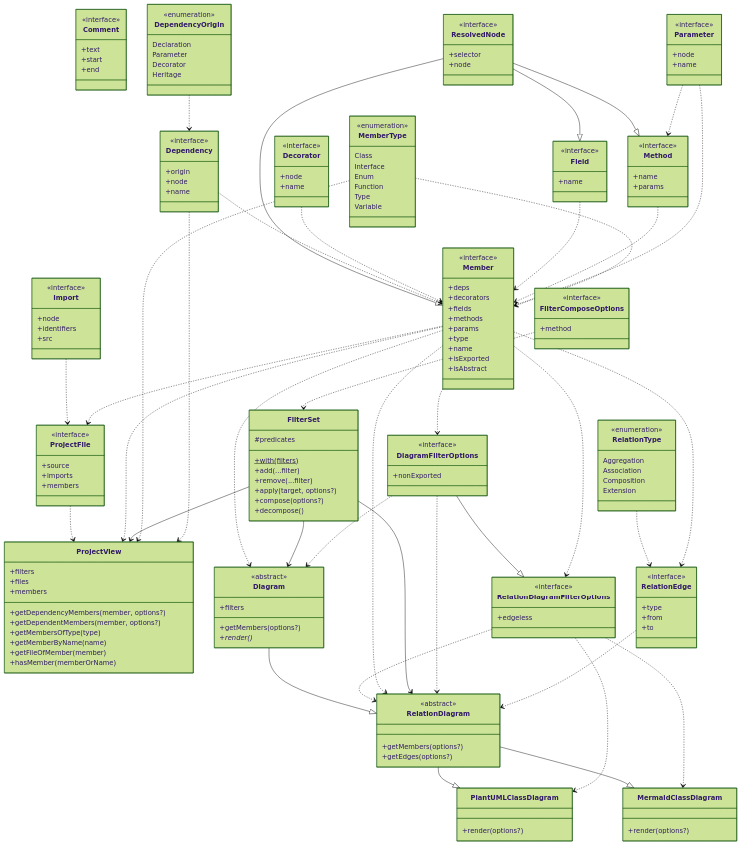
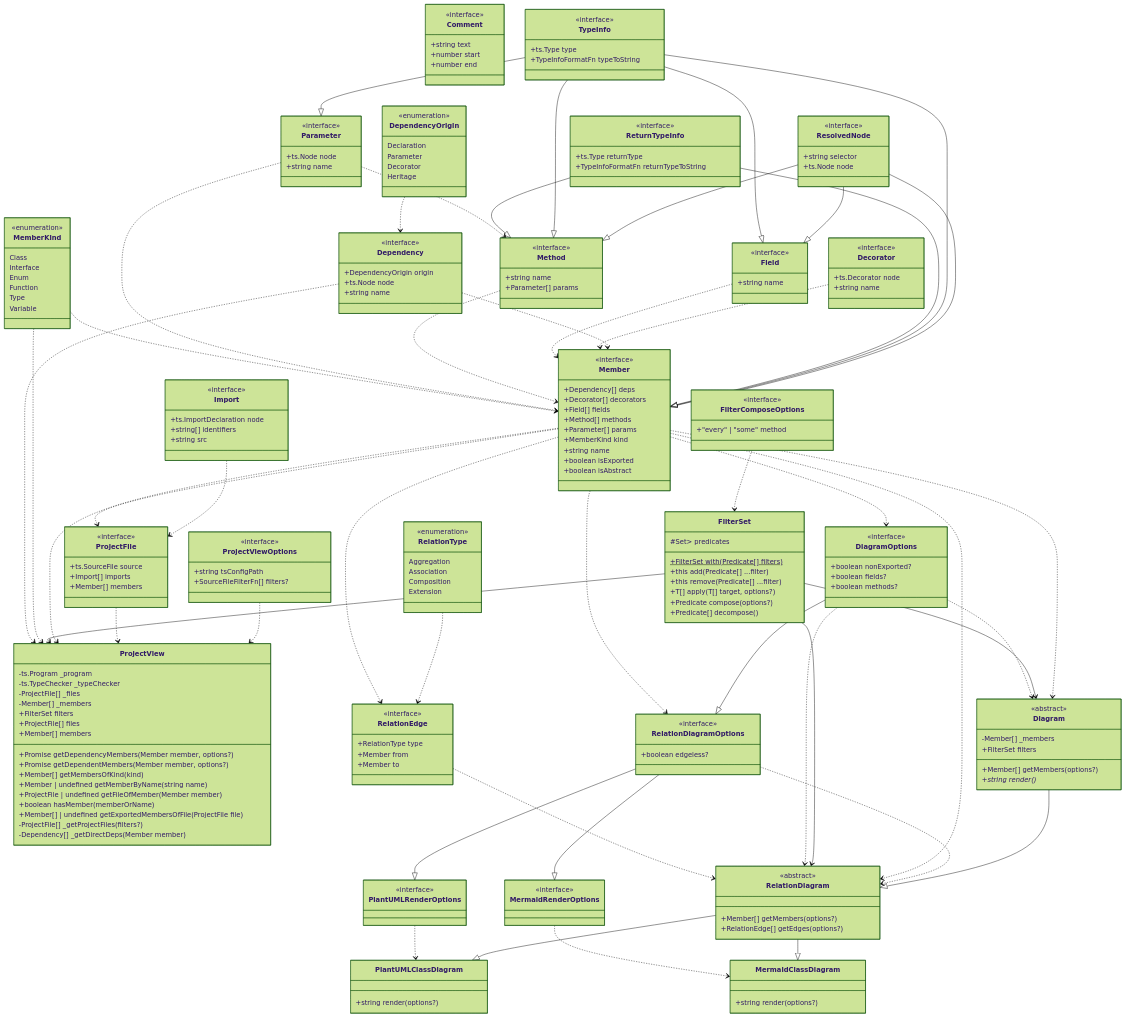
Before and after one commit to JanUnld/tsplot: the diagram in README.md, drawn with Mermaid (forest theme). The commit also changed 1 other file, not shown here.

Commit message:
chore: updated readme example assets

````diff
--- a/README.md
+++ b/README.md
@@ -76,27 +76,35 @@
 classDiagram
   class Import["Import"]
   <<interface>> Import
-  Import : +node
-  Import : +identifiers
-  Import : +src
+  Import : +ts.ImportDeclaration node
+  Import : +string[] identifiers
+  Import : +string src
   class Comment["Comment"]
   <<interface>> Comment
-  Comment : +text
-  Comment : +start
-  Comment : +end
+  Comment : +string text
+  Comment : +number start
+  Comment : +number end
   class ResolvedNode["ResolvedNode"]
   <<interface>> ResolvedNode
-  ResolvedNode : +selector
-  ResolvedNode : +node
+  ResolvedNode : +string selector
+  ResolvedNode : +ts.Node node
+  class TypeInfo["TypeInfo"]
+  <<interface>> TypeInfo
+  TypeInfo : +ts.Type type
+  TypeInfo : +TypeInfoFormatFn typeToString
+  class ReturnTypeInfo["ReturnTypeInfo"]
+  <<interface>> ReturnTypeInfo
+  ReturnTypeInfo : +ts.Type returnType
+  ReturnTypeInfo : +TypeInfoFormatFn returnTypeToString
   class Decorator["Decorator"]
   <<interface>> Decorator
-  Decorator : +node
-  Decorator : +name
+  Decorator : +ts.Decorator node
+  Decorator : +string name
   class Dependency["Dependency"]
   <<interface>> Dependency
-  Dependency : +origin
-  Dependency : +node
-  Dependency : +name
+  Dependency : +DependencyOrigin origin
+  Dependency : +ts.Node node
+  Dependency : +string name
   class DependencyOrigin["DependencyOrigin"]
   <<enumeration>> DependencyOrigin
   DependencyOrigin : Declaration
@@ -105,125 +113,152 @@
   DependencyOrigin : Heritage
   class Field["Field"]
   <<interface>> Field
-  Field : +name
+  Field : +string name
   class Parameter["Parameter"]
   <<interface>> Parameter
-  Parameter : +node
-  Parameter : +name
+  Parameter : +ts.Node node
+  Parameter : +string name
   class Method["Method"]
   <<interface>> Method
-  Method : +name
-  Method : +params
+  Method : +string name
+  Method : +Parameter[] params
   class Member["Member"]
   <<interface>> Member
-  Member : +deps
-  Member : +decorators
-  Member : +fields
-  Member : +methods
-  Member : +params
-  Member : +type
-  Member : +name
-  Member : +isExported
-  Member : +isAbstract
-  class MemberType["MemberType"]
-  <<enumeration>> MemberType
-  MemberType : Class
-  MemberType : Interface
-  MemberType : Enum
-  MemberType : Function
-  MemberType : Type
-  MemberType : Variable
+  Member : +Dependency[] deps
+  Member : +Decorator[] decorators
+  Member : +Field[] fields
+  Member : +Method[] methods
+  Member : +Parameter[] params
+  Member : +MemberKind kind
+  Member : +string name
+  Member : +boolean isExported
+  Member : +boolean isAbstract
+  class MemberKind["MemberKind"]
+  <<enumeration>> MemberKind
+  MemberKind : Class
+  MemberKind : Interface
+  MemberKind : Enum
+  MemberKind : Function
+  MemberKind : Type
+  MemberKind : Variable
   class ProjectFile["ProjectFile"]
   <<interface>> ProjectFile
-  ProjectFile : +source
-  ProjectFile : +imports
-  ProjectFile : +members
+  ProjectFile : +ts.SourceFile source
+  ProjectFile : +Import[] imports
+  ProjectFile : +Member[] members
   class FilterSet["FilterSet"]
-  FilterSet : #predicates
-  FilterSet : +with(filters)$
-  FilterSet : +add(...filter)
-  FilterSet : +remove(...filter)
-  FilterSet : +apply(target, options?)
-  FilterSet : +compose(options?)
-  FilterSet : +decompose()
+  FilterSet : #Set<Predicate<T>> predicates
+  FilterSet : +FilterSet<T> with(Predicate<T>[] filters)$
+  FilterSet : +this add(Predicate<T>[] ...filter)
+  FilterSet : +this remove(Predicate<T>[] ...filter)
+  FilterSet : +T[] apply(T[] target, options?)
+  FilterSet : +Predicate<T> compose(options?)
+  FilterSet : +Predicate<T>[] decompose()
   class FilterComposeOptions["FilterComposeOptions"]
   <<interface>> FilterComposeOptions
-  FilterComposeOptions : +method
-  class ProjectView["ProjectView"]
-  ProjectView : +filters
-  ProjectView : +files
-  ProjectView : +members
-  ProjectView : +getDependencyMembers(member, options?)
-  ProjectView : +getDependentMembers(member, options?)
-  ProjectView : +getMembersOfType(type)
-  ProjectView : +getMemberByName(name)
-  ProjectView : +getFileOfMember(member)
-  ProjectView : +hasMember(memberOrName)
-  class Diagram["Diagram"]
-  <<abstract>> Diagram
-  Diagram : +filters
-  Diagram : +getMembers(options?)
-  Diagram : +render()*
-  class DiagramFilterOptions["DiagramFilterOptions"]
-  <<interface>> DiagramFilterOptions
-  DiagramFilterOptions : +nonExported
-  class RelationDiagram["RelationDiagram"]
-  <<abstract>> RelationDiagram
-  RelationDiagram : +getMembers(options?)
-  RelationDiagram : +getEdges(options?)
-  class RelationEdge["RelationEdge"]
-  <<interface>> RelationEdge
-  RelationEdge : +type
-  RelationEdge : +from
-  RelationEdge : +to
-  class RelationDiagramFilterOptions["RelationDiagramFilterOptions"]
-  <<interface>> RelationDiagramFilterOptions
-  RelationDiagramFilterOptions : +edgeless
-  class RelationType["RelationType"]
-  <<enumeration>> RelationType
-  RelationType : Aggregation
-  RelationType : Association
-  RelationType : Composition
-  RelationType : Extension
-  class PlantUMLClassDiagram["PlantUMLClassDiagram"]
-  PlantUMLClassDiagram : +render(options?)
-  class MermaidClassDiagram["MermaidClassDiagram"]
-  MermaidClassDiagram : +render(options?)
-  DependencyOrigin..>Dependency
-  ResolvedNode--|>Field
-  ResolvedNode--|>Method
-  Parameter..>Method
-  ResolvedNode--|>Member
-  Dependency..>Member
-  Decorator..>Member
-  Field..>Member
-  Method..>Member
-  Parameter..>Member
-  MemberType..>Member
-  Import..>ProjectFile
-  Member..>ProjectFile
-  FilterComposeOptions..>FilterSet
-  ProjectFile..>ProjectView
-  Member..>ProjectView
-  FilterSet-->ProjectView
-  MemberType..>ProjectView
-  Dependency..>ProjectView
-  Member..>Diagram
-  FilterSet-->Diagram
-  DiagramFilterOptions..>Diagram
-  Member..>DiagramFilterOptions
-  Diagram--|>RelationDiagram
-  RelationDiagramFilterOptions..>RelationDiagram
-  Member..>RelationDiagram
-  FilterSet-->RelationDiagram
-  DiagramFilterOptions..>RelationDiagram
-  RelationEdge..>RelationDiagram
-  RelationType..>RelationEdge
-  Member..>RelationEdge
-  DiagramFilterOptions--|>RelationDiagramFilterOptions
-  Member..>RelationDiagramFilterOptions
-  RelationDiagram--|>PlantUMLClassDiagram
-  RelationDiagramFilterOptions..>PlantUMLClassDiagram
-  RelationDiagram--|>MermaidClassDiagram
-  RelationDiagramFilterOptions..>MermaidClassDiagram
+  FilterComposeOptions : +"every" | "some" method
+class ProjectView["ProjectView"]
+ProjectView : -ts.Program _program
+ProjectView : -ts.TypeChecker _typeChecker
+ProjectView : -ProjectFile[] _files
+ProjectView : -Member[] _members
+ProjectView : +FilterSet<Member> filters
+ProjectView : +ProjectFile[] files
+ProjectView : +Member[] members
+ProjectView : +Promise<Member[]> getDependencyMembers(Member member, options?)
+ProjectView : +Promise<Member[]> getDependentMembers(Member member, options?)
+ProjectView : +Member[] getMembersOfKind(kind)
+ProjectView : +Member | undefined getMemberByName(string name)
+ProjectView : +ProjectFile | undefined getFileOfMember(Member member)
+ProjectView : +boolean hasMember(memberOrName)
+ProjectView : +Member[] | undefined getExportedMembersOfFile(ProjectFile file)
+ProjectView : -ProjectFile[] _getProjectFiles(filters?)
+ProjectView : -Dependency[] _getDirectDeps(Member member)
+class ProjectViewOptions["ProjectViewOptions"]
+<<interface>> ProjectViewOptions
+ProjectViewOptions : +string tsConfigPath
+ProjectViewOptions : +SourceFileFilterFn[] filters?
+class Diagram["Diagram"]
+<<abstract>> Diagram
+Diagram : -Member[] _members
+Diagram : +FilterSet<Member> filters
+Diagram : +Member[] getMembers(options?)
+Diagram : +string render()*
+class DiagramOptions["DiagramOptions"]
+<<interface>> DiagramOptions
+DiagramOptions : +boolean nonExported?
+DiagramOptions : +boolean fields?
+DiagramOptions : +boolean methods?
+class RelationDiagram["RelationDiagram"]
+<<abstract>> RelationDiagram
+RelationDiagram : +Member[] getMembers(options?)
+RelationDiagram : +RelationEdge[] getEdges(options?)
+class RelationEdge["RelationEdge"]
+<<interface>> RelationEdge
+RelationEdge : +RelationType type
+RelationEdge : +Member from
+RelationEdge : +Member to
+class RelationDiagramOptions["RelationDiagramOptions"]
+<<interface>> RelationDiagramOptions
+RelationDiagramOptions : +boolean edgeless?
+class RelationType["RelationType"]
+<<enumeration>> RelationType
+RelationType : Aggregation
+RelationType : Association
+RelationType : Composition
+RelationType : Extension
+class PlantUMLRenderOptions["PlantUMLRenderOptions"]
+<<interface>> PlantUMLRenderOptions
+class PlantUMLClassDiagram["PlantUMLClassDiagram"]
+PlantUMLClassDiagram : +string render(options?)
+class MermaidRenderOptions["MermaidRenderOptions"]
+<<interface>> MermaidRenderOptions
+class MermaidClassDiagram["MermaidClassDiagram"]
+MermaidClassDiagram : +string render(options?)
+DependencyOrigin..>Dependency
+ResolvedNode--|>Field
+TypeInfo--|>Field
+TypeInfo--|>Parameter
+ResolvedNode--|>Method
+TypeInfo--|>Method
+ReturnTypeInfo--|>Method
+Parameter..>Method
+ResolvedNode--|>Member
+TypeInfo--|>Member
+ReturnTypeInfo--|>Member
+Dependency..>Member
+Decorator..>Member
+Field..>Member
+Method..>Member
+Parameter..>Member
+MemberKind..>Member
+Import..>ProjectFile
+Member..>ProjectFile
+FilterComposeOptions..>FilterSet
+ProjectViewOptions..>ProjectView
+ProjectFile..>ProjectView
+Member..>ProjectView
+FilterSet-->ProjectView
+MemberKind..>ProjectView
+Dependency..>ProjectView
+Member..>Diagram
+FilterSet-->Diagram
+DiagramOptions..>Diagram
+Member..>DiagramOptions
+Diagram--|>RelationDiagram
+RelationDiagramOptions..>RelationDiagram
+Member..>RelationDiagram
+FilterSet-->RelationDiagram
+DiagramOptions..>RelationDiagram
+RelationEdge..>RelationDiagram
+RelationType..>RelationEdge
+Member..>RelationEdge
+DiagramOptions--|>RelationDiagramOptions
+Member..>RelationDiagramOptions
+RelationDiagramOptions--|>PlantUMLRenderOptions
+RelationDiagram--|>PlantUMLClassDiagram
+PlantUMLRenderOptions..>PlantUMLClassDiagram
+RelationDiagramOptions--|>MermaidRenderOptions
+RelationDiagram--|>MermaidClassDiagram
+MermaidRenderOptions..>MermaidClassDiagram
 ```
````
